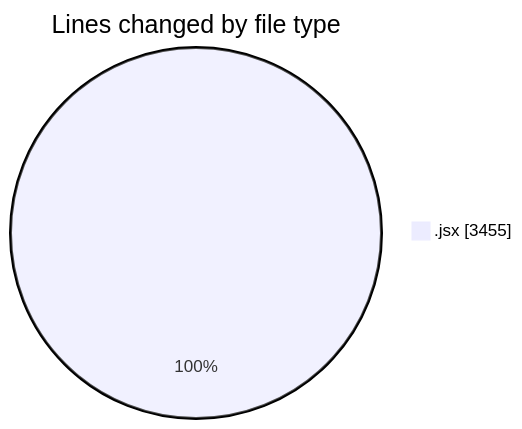
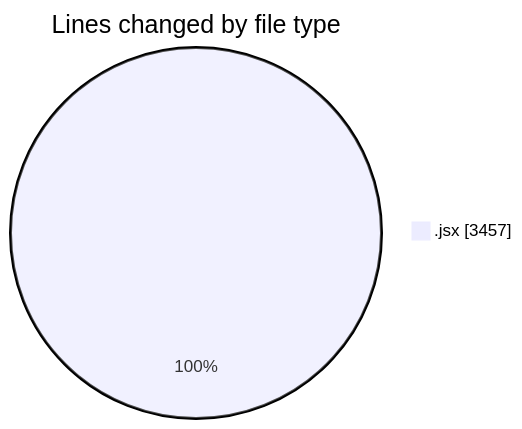
The first of 2 diagrams in 2025-06-16/nxtqube_webapp/README.md (nxtqubesakshisongat/code-tracking), drawn with Mermaid before and after one commit. The commit also changed other lines of this file and 1 other file, not shown here.

````diff
--- a/2025-06-16/nxtqube_webapp/README.md
+++ b/2025-06-16/nxtqube_webapp/README.md
@@ -22,5 +22,5 @@
 ```mermaid
 pie showData
 title Lines changed by file type
-".jsx" : 3455
+".jsx" : 3457
 ```
````
